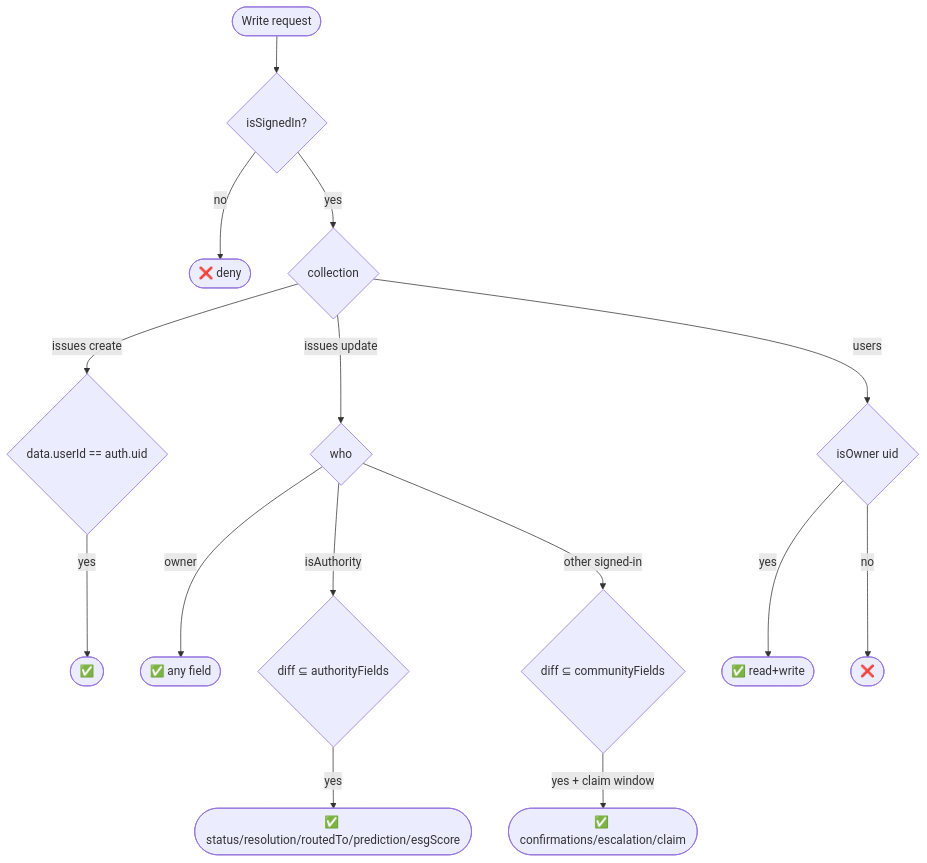
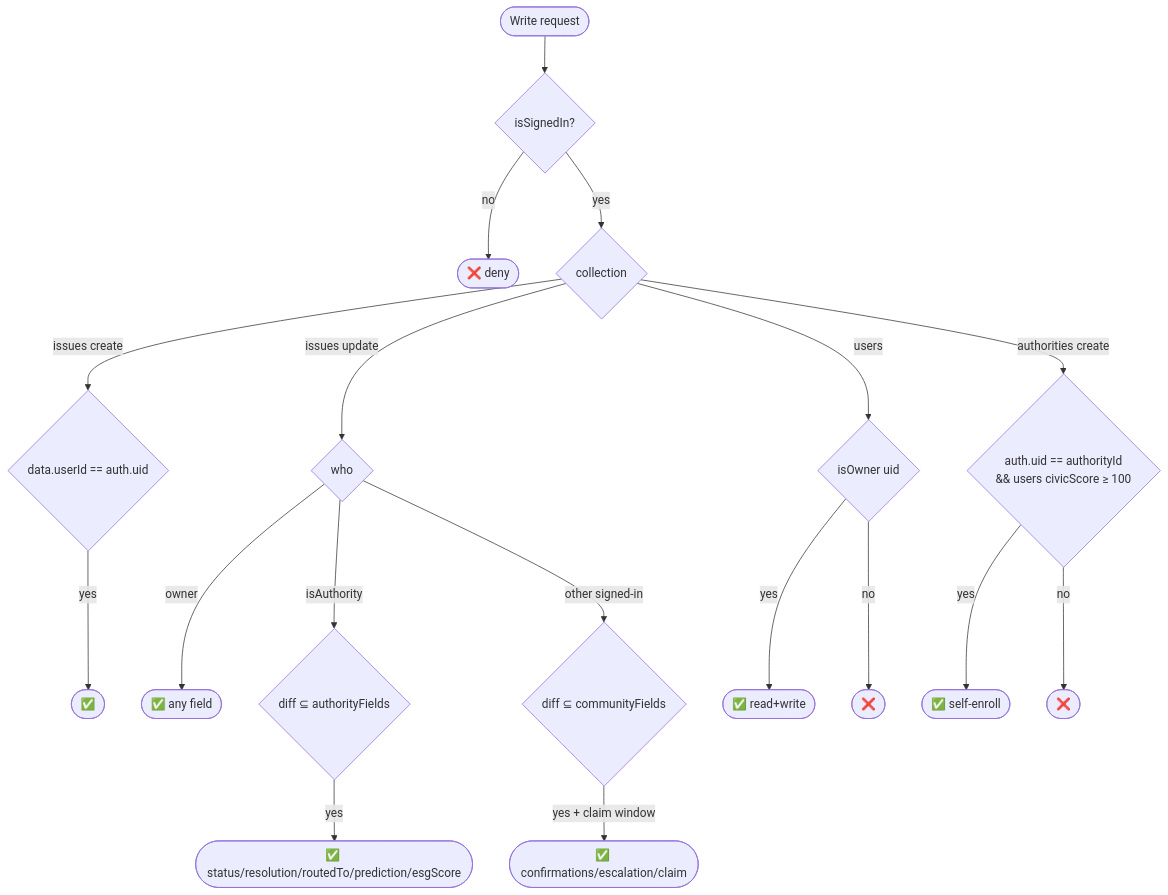
Diagram 14 of 15 in docs/ARCHITECTURE.md (siddhesh8k/janashakti), drawn with Mermaid before and after one commit. The commit also changed other lines of this file and 120 other files, not shown here.

First line of the commit message:
Earned authority: points-gated Civic Authority badge unlocks verify/resolve

````diff
--- a/docs/ARCHITECTURE.md
+++ b/docs/ARCHITECTURE.md
@@ -960,19 +967,23 @@
 ```mermaid
 flowchart TB
     Req([Write request]) --> Signed{isSignedIn?}
     Signed -->|no| Deny([❌ deny])
     Signed -->|yes| Coll{collection}
 
     Coll -->|issues create| Own1{data.userId == auth.uid}
     Own1 -->|yes| Allow1([✅])
     Coll -->|issues update| Who{who}
     Who -->|owner| AllowO([✅ any field])
     Who -->|isAuthority| AF{diff ⊆ authorityFields}
     AF -->|yes| AllowA([✅ status/resolution/routedTo/prediction/esgScore])
     Who -->|other signed-in| CF{diff ⊆ communityFields}
     CF -->|yes + claim window| AllowC([✅ confirmations/escalation/claim])
 
     Coll -->|users| OwnU{isOwner uid}
     OwnU -->|yes| AllowU([✅ read+write])
     OwnU -->|no| DenyU([❌])
+
+    Coll -->|authorities create| Self{auth.uid == authorityId<br/>&& users civicScore ≥ 100}
+    Self -->|yes| AllowAuth([✅ self-enroll])
+    Self -->|no| DenyAuth([❌])
 ```
````
